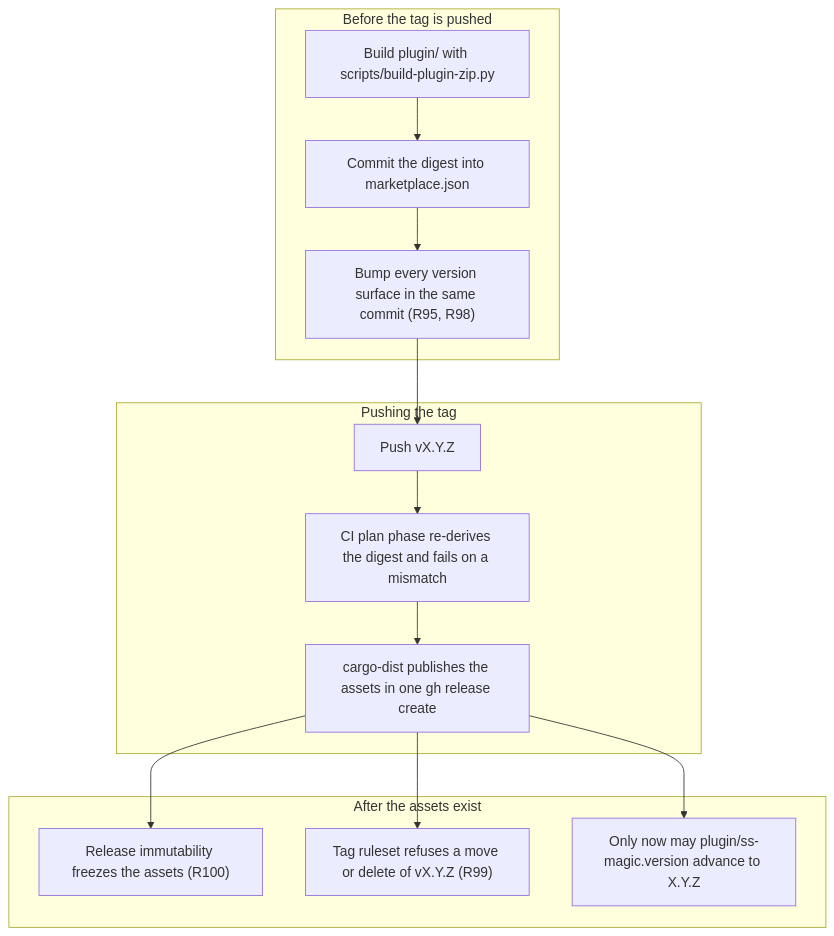
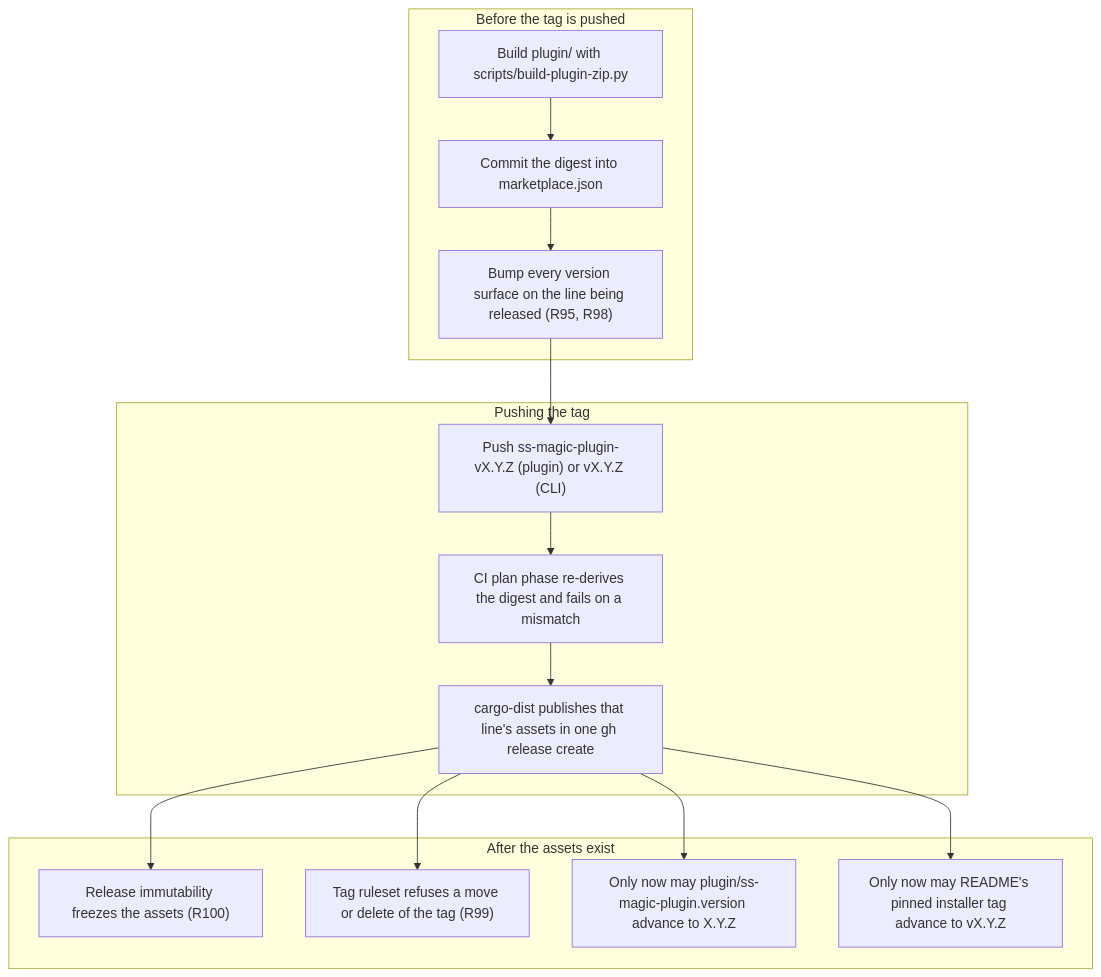
The diagram in docs/runbooks/forge-tag-and-release-protection.md (ViktorStiskala/superset-magic), drawn with Mermaid before and after one commit. The commit also changed other lines of this file and 134 other files, not shown here.

````diff
--- a/docs/runbooks/forge-tag-and-release-protection.md
+++ b/docs/runbooks/forge-tag-and-release-protection.md
@@ -33,17 +37,18 @@
 ```mermaid
 flowchart TD
   subgraph before["Before the tag is pushed"]
     A["Build plugin/ with scripts/build-plugin-zip.py"] --> B["Commit the digest into marketplace.json"]
-    B --> C["Bump every version surface in the same commit (R95, R98)"]
+    B --> C["Bump every version surface on the line being released (R95, R98)"]
   end
   subgraph tagging["Pushing the tag"]
-    C --> D["Push vX.Y.Z"]
+    C --> D["Push ss-magic-plugin-vX.Y.Z (plugin) or vX.Y.Z (CLI)"]
     D --> E["CI plan phase re-derives the digest and fails on a mismatch"]
-    E --> F["cargo-dist publishes the assets in one gh release create"]
+    E --> F["cargo-dist publishes that line's assets in one gh release create"]
   end
   subgraph after["After the assets exist"]
     F --> G["Release immutability freezes the assets (R100)"]
-    F --> H["Tag ruleset refuses a move or delete of vX.Y.Z (R99)"]
-    F --> I["Only now may plugin/ss-magic.version advance to X.Y.Z"]
+    F --> H["Tag ruleset refuses a move or delete of the tag (R99)"]
+    F --> I["Only now may plugin/ss-magic-plugin.version advance to X.Y.Z"]
+    F --> J["Only now may README's pinned installer tag advance to vX.Y.Z"]
   end
 ```
````
